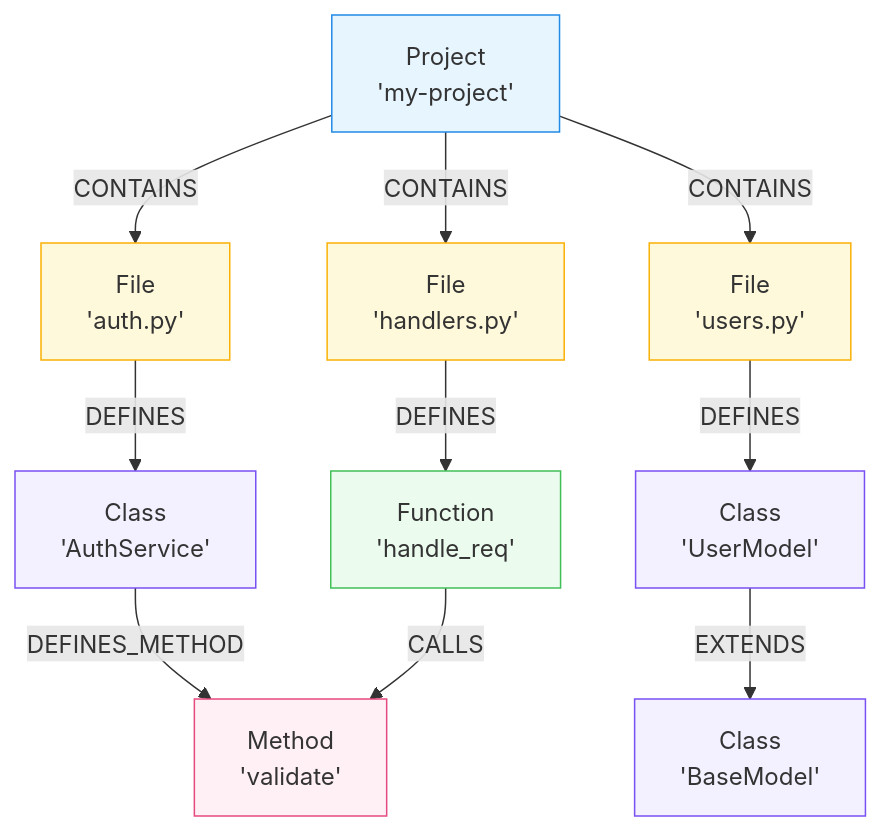
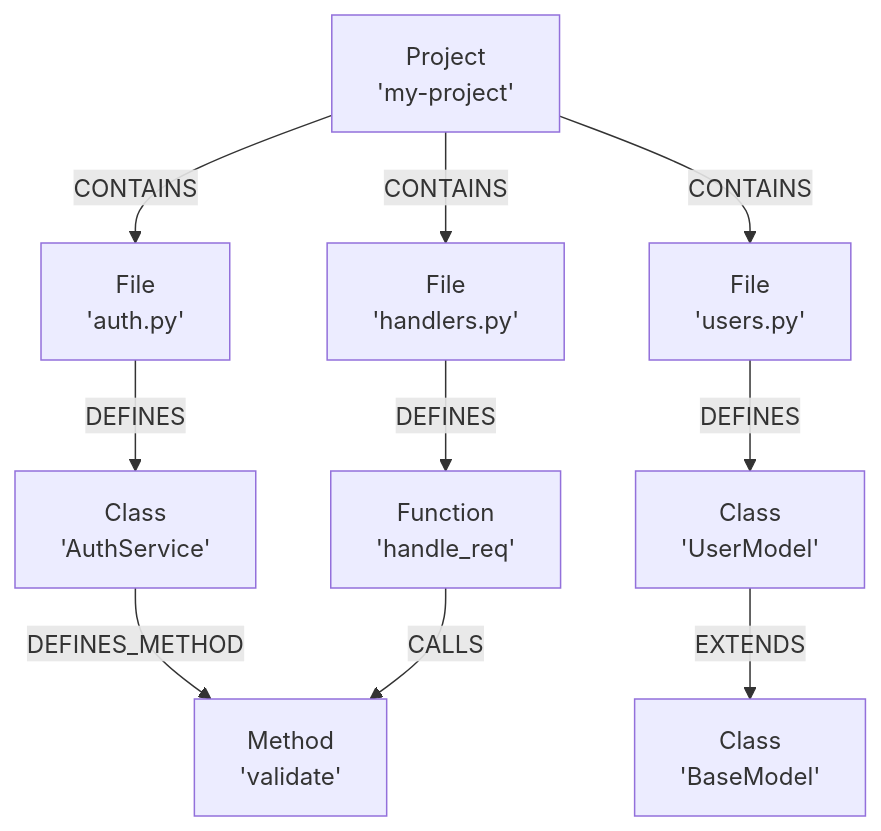
The third of 8 diagrams in README.md (iAmLakshya/Lattice), drawn with Mermaid before and after one commit. The commit also changed other lines of this file, not shown here.

````diff
--- a/README.md
+++ b/README.md
@@ -351,26 +340,16 @@
 ```mermaid
 graph TB
-    Project["Project<br/>'my-project'"]
+    Project["Project\n'my-project'"]
 
-    Project -->|CONTAINS| File1["File<br/>'auth.py'"]
-    Project -->|CONTAINS| File2["File<br/>'users.py'"]
-    Project -->|CONTAINS| File3["File<br/>'handlers.py'"]
+    Project -->|CONTAINS| File1["File\n'auth.py'"]
+    Project -->|CONTAINS| File2["File\n'users.py'"]
+    Project -->|CONTAINS| File3["File\n'handlers.py'"]
 
-    File1 -->|DEFINES| Class1["Class<br/>'AuthService'"]
-    File2 -->|DEFINES| Class2["Class<br/>'UserModel'"]
-    File3 -->|DEFINES| Func1["Function<br/>'handle_req'"]
+    File1 -->|DEFINES| Class1["Class\n'AuthService'"]
+    File2 -->|DEFINES| Class2["Class\n'UserModel'"]
+    File3 -->|DEFINES| Func1["Function\n'handle_req'"]
 
-    Class1 -->|DEFINES_METHOD| Method1["Method<br/>'validate'"]
-    Class2 -->|EXTENDS| BaseModel["Class<br/>'BaseModel'"]
+    Class1 -->|DEFINES_METHOD| Method1["Method\n'validate'"]
+    Class2 -->|EXTENDS| BaseModel["Class\n'BaseModel'"]
     Func1 -->|CALLS| Method1
-
-    style Project fill:#e7f5ff,stroke:#228be6
-    style File1 fill:#fff9db,stroke:#fab005
-    style File2 fill:#fff9db,stroke:#fab005
-    style File3 fill:#fff9db,stroke:#fab005
-    style Class1 fill:#f3f0ff,stroke:#7950f2
-    style Class2 fill:#f3f0ff,stroke:#7950f2
-    style Func1 fill:#ebfbee,stroke:#40c057
-    style Method1 fill:#fff0f6,stroke:#e64980
-    style BaseModel fill:#f3f0ff,stroke:#7950f2
 ```
````
